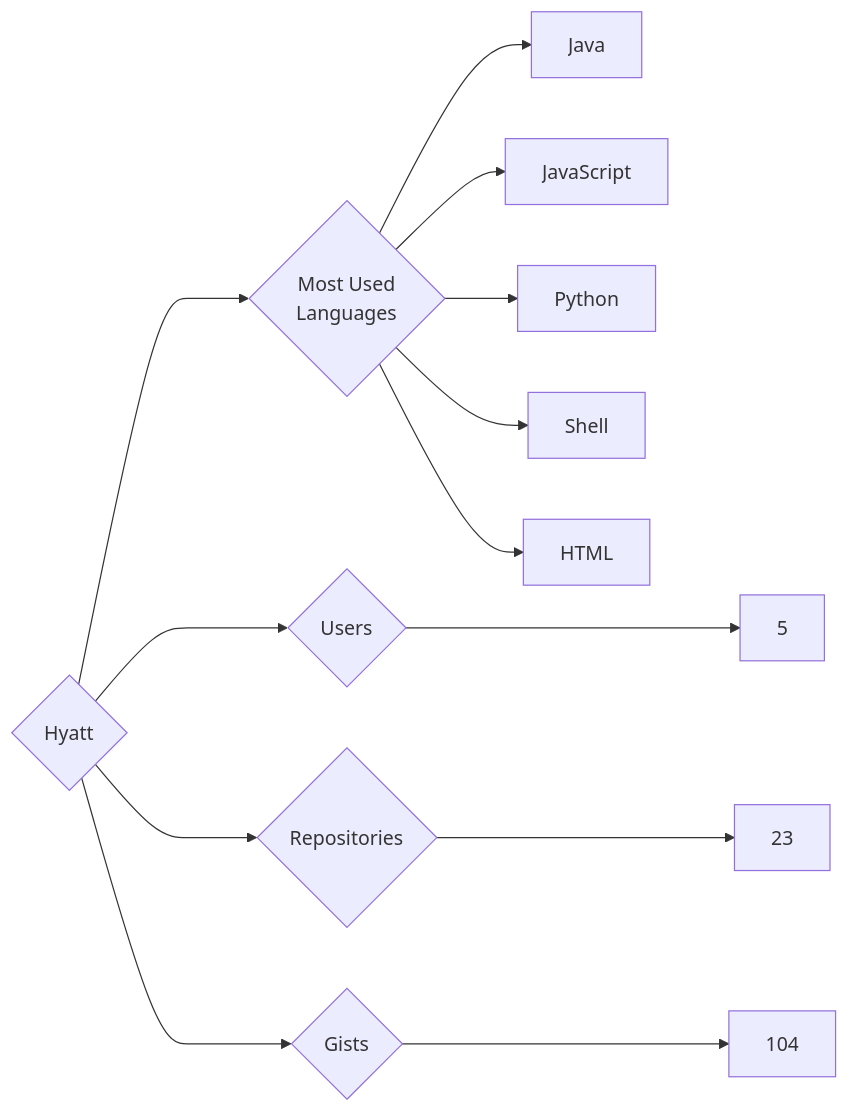
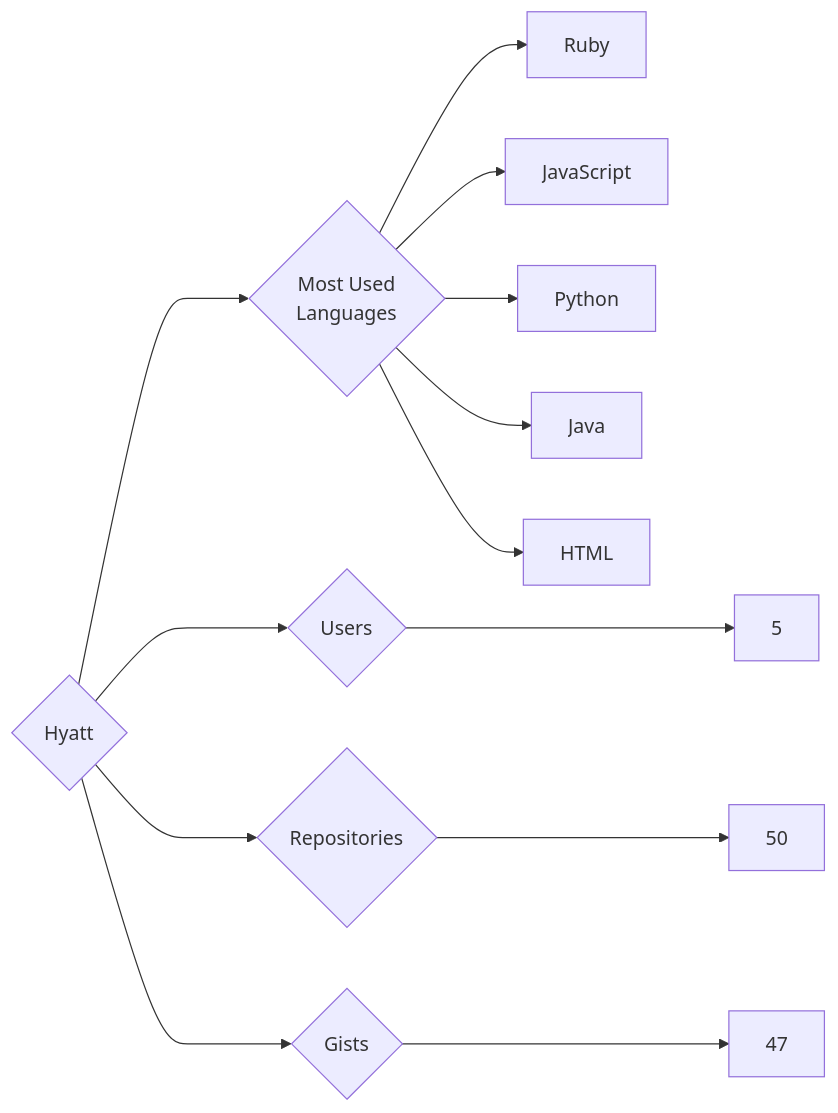
Before and after one commit to trickest/insiders: the diagram in targets/Hyatt/README.md, drawn with Mermaid. The commit also changed 1238 other files, not shown here.

````diff
--- a/targets/Hyatt/README.md
+++ b/targets/Hyatt/README.md
@@ -3,13 +3,13 @@
 ```mermaid
 graph LR
 COMPANY_NAME{Hyatt}
 COMPANY_NAME ---> U{Users} ---> UN[5]
-COMPANY_NAME ---> R{Repositories} ---> RN[23]
-COMPANY_NAME ---> G{Gists} ---> GN[104]
+COMPANY_NAME ---> R{Repositories} ---> RN[50]
+COMPANY_NAME ---> G{Gists} ---> GN[47]
 COMPANY_NAME ---> ML{Most Used<br>Languages}
-ML --> Java[Java]
+ML --> Ruby[Ruby]
 ML --> JavaScript[JavaScript]
 ML --> Python[Python]
-ML --> Shell[Shell]
+ML --> Java[Java]
 ML --> HTML[HTML]
 ```
````
